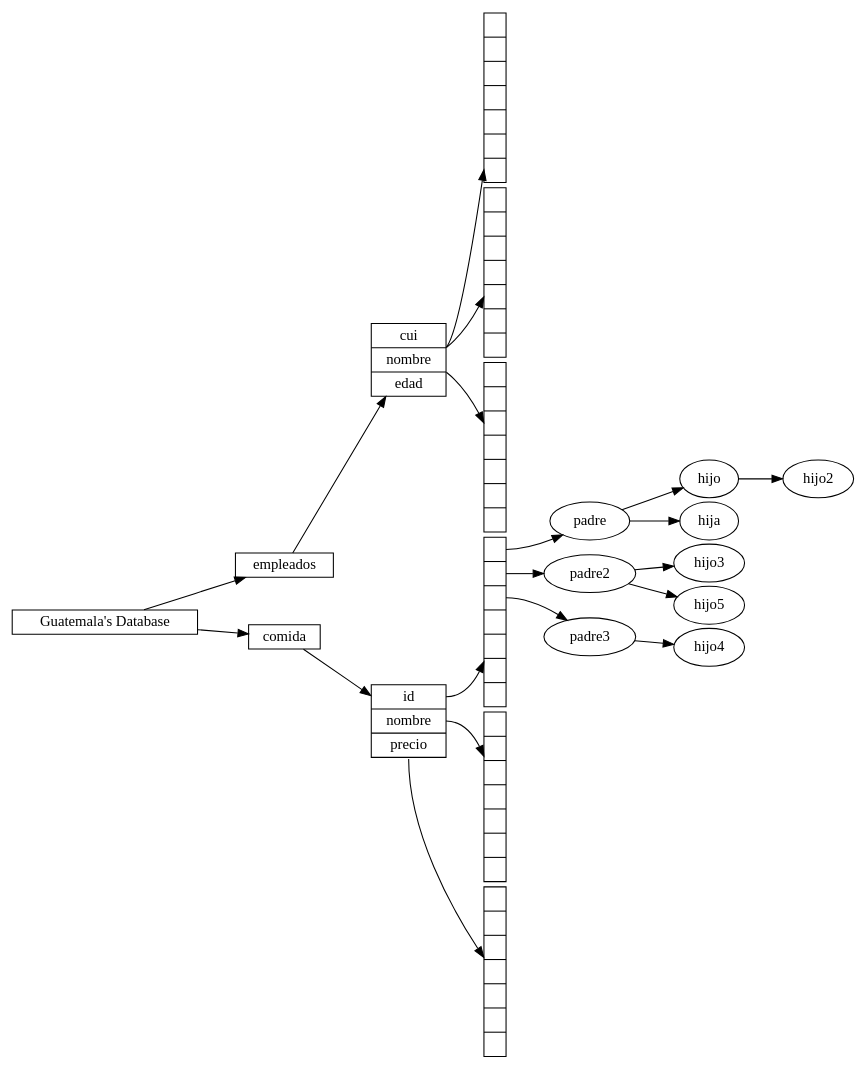
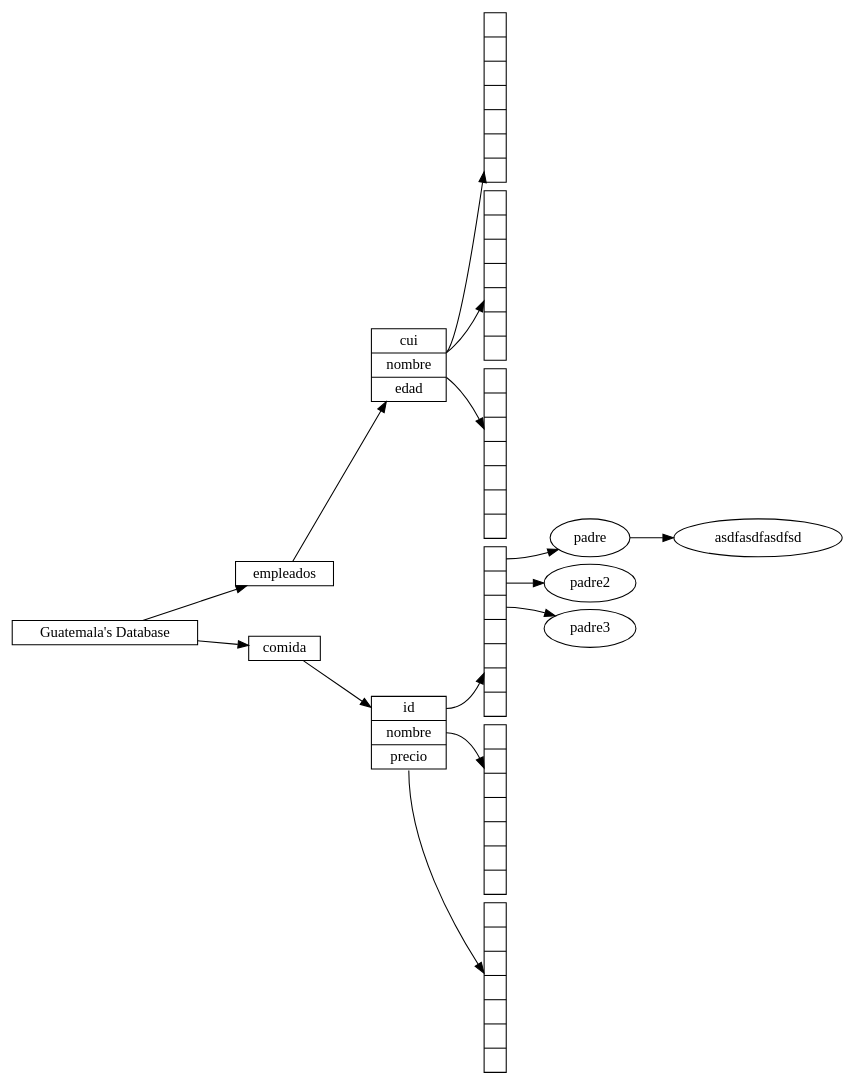
Before and after one commit to Fxhnd13/EstructuraDeDatos_Proyecto_2: the diagram in archivo.dot, drawn with Graphviz. The commit also changed 10 other files, not shown here.

Commit message:
update: escrtura archivo graphviz

```diff
--- a/archivo.dot
+++ b/archivo.dot
@@ -1,49 +1,46 @@
 digraph G {
-	nodesep=.05;
+	nodesep=.1;
 	rankdir=LR;
 	
 	nodeDataBase [label="Guatemala's Database", shape=record, height=.1];
 	
 	nodeDataBase -> node1;
 	nodeDataBase -> node0;
 		
  	node1 [label="empleados", shape=record, height=.1];
 
 	node1 -> node6;
 
 	node6 [label = "<col1> cui| <col2> nombre| <col3> edad", shape=record,width=.1,height=.1];
 	node7 [label = "<col1_0> | <col1_1> | <col1_2> | <col1_3> | <col1_4> | <col1_5> | ",shape=record,width=.1,height=.1];
 	node8 [label = "<col2_0> | <col2_1> | <col2_2> | <col2_3> | <col2_4> | <col2_5> | ",shape=record,width=.1,height=.1];
 	node9 [label = "<col3_0> | <col3_1> | <col3_2> | <col3_3> | <col3_4> | <col3_5> | ",shape=record,width=.1,height=.1];	
 
 	node6:col1_0 -> node7;
 	node6:col1_1 -> node8;
 	node6:col1_2 -> node9;
 	
 	node0 [label="comida", shape=record, height=.1];
 
 	node0 ->node2;
 
 	node2 [label = "<col1> id| <col2> nombre| <col3> precio", shape=record,width=.1,height=.1];
 
 	node3 [label = "<col1_0> | <col1_1> | <col1_2> | <col1_3> | <col1_4> | <col1_5> | ",shape=record,width=.1,height=.1];
 	node4 [label = "<col2_0> | <col2_1> | <col2_2> | <col2_3> | <col2_4> | <col2_5> | ",shape=record,width=.1,height=.1];
 	node5 [label = "<col3_0> | <col3_1> | <col3_2> | <col3_3> | <col3_4> | <col3_5> | ",shape=record,width=.1,height=.1];	
 
 	node2:col1 -> node3;
 	node2:col2 -> node4;
 	node2:col3 -> node5;
 	
 	node3:col1_0 -> padre;
 	node3:col1_1 -> padre2;
 	node3:col1_2 -> padre3;
+
 	padre -> hijo;
-	padre -> hija;
-	hijo -> hijo2;
-	padre2 -> hijo3;
-	padre2 -> hijo5;
-	padre3 -> hijo4;
+	hijo [label="asdfasdfasdfsd"];
 	
 
 
 }
```
